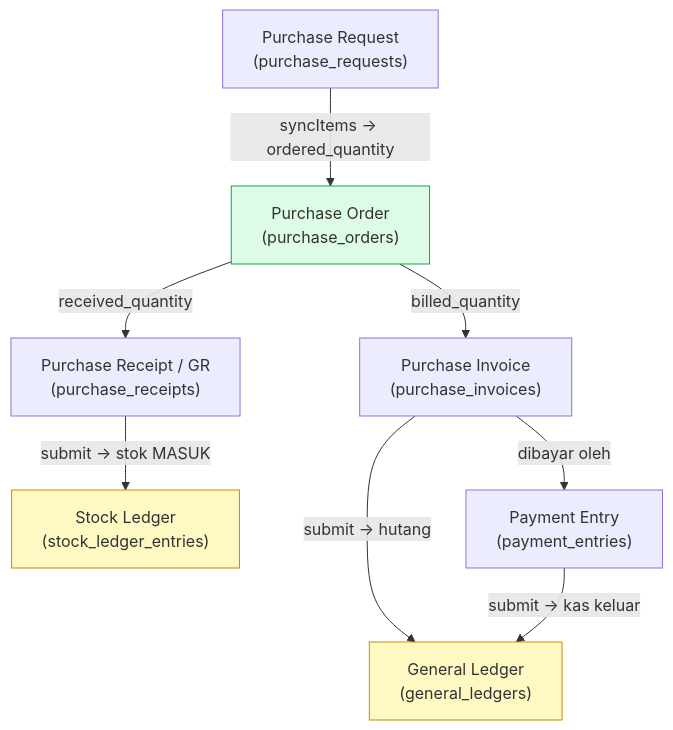
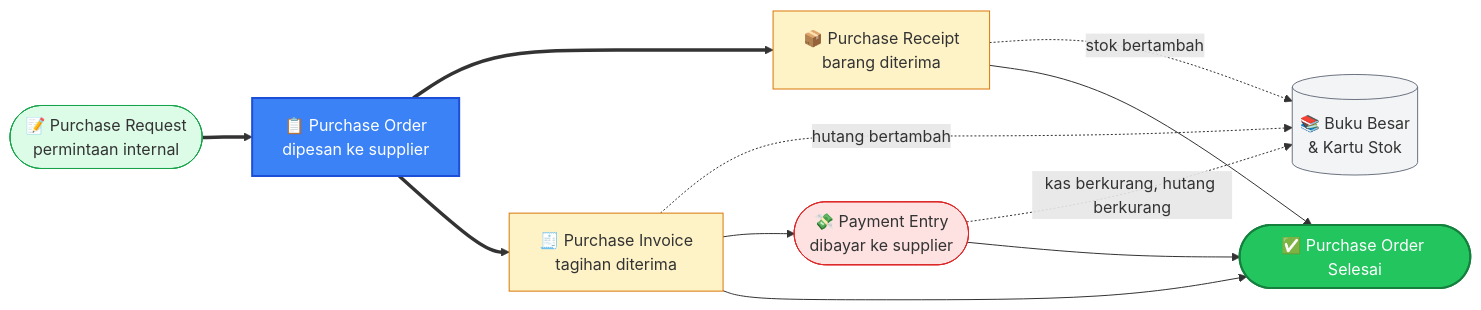
Before and after one commit to RimbunCode/erp_pataya: the first of 7 diagrams in docs/modules/purchase.md, drawn with Mermaid. The commit also changed other lines of this file and 14 other files, not shown here.

````diff
--- a/docs/modules/purchase.md
+++ b/docs/modules/purchase.md
@@ -42,23 +37,29 @@
 ```mermaid
-flowchart TD
-    PR["Purchase Request<br/>(purchase_requests)"]
-    PO["Purchase Order<br/>(purchase_orders)"]
-    GR["Purchase Receipt / GR<br/>(purchase_receipts)"]
-    PI["Purchase Invoice<br/>(purchase_invoices)"]
-    PE["Payment Entry<br/>(payment_entries)"]
-    GL["General Ledger<br/>(general_ledgers)"]
-    SLE["Stock Ledger<br/>(stock_ledger_entries)"]
+flowchart LR
+    PR(["📝 Purchase Request<br/>permintaan internal"])
+    PO["📋 Purchase Order<br/>dipesan ke supplier"]
+    GR["📦 Purchase Receipt<br/>barang diterima"]
+    PI["🧾 Purchase Invoice<br/>tagihan diterima"]
+    PE(["💸 Payment Entry<br/>dibayar ke supplier"])
+    Ledger[("📚 Buku Besar<br/>& Kartu Stok")]
+    Closed(["✅ Purchase Order Selesai"])
 
-    PR -->|"syncItems → ordered_quantity"| PO
-    PO -->|"received_quantity"| GR
-    PO -->|"billed_quantity"| PI
-    GR -->|"submit → stok MASUK"| SLE
-    PI -->|"submit → hutang"| GL
-    PI -->|"dibayar oleh"| PE
-    PE -->|"submit → kas keluar"| GL
+    PR ==> PO
+    PO ==> GR
+    PO ==> PI
+    GR -.->|"stok bertambah"| Ledger
+    PI -.->|"hutang bertambah"| Ledger
+    PI --> PE
+    PE -.->|"kas berkurang, hutang berkurang"| Ledger
+    GR --> Closed
+    PI --> Closed
+    PE --> Closed
 
-    classDef src fill:#dcfce7,stroke:#16a34a;
-    classDef led fill:#fef9c3,stroke:#ca8a04;
-    class PO src;
-    class GL,SLE led;
+    style PR fill:#dcfce7,stroke:#16a34a
+    style PO fill:#3b82f6,stroke:#1d4ed8,color:#fff,stroke-width:2px
+    style Closed fill:#22c55e,stroke:#15803d,color:#fff,stroke-width:2px
+    style GR fill:#fef3c7,stroke:#d97706
+    style PI fill:#fef3c7,stroke:#d97706
+    style PE fill:#fee2e2,stroke:#dc2626
+    style Ledger fill:#f3f4f6,stroke:#6b7280
 ```
````
